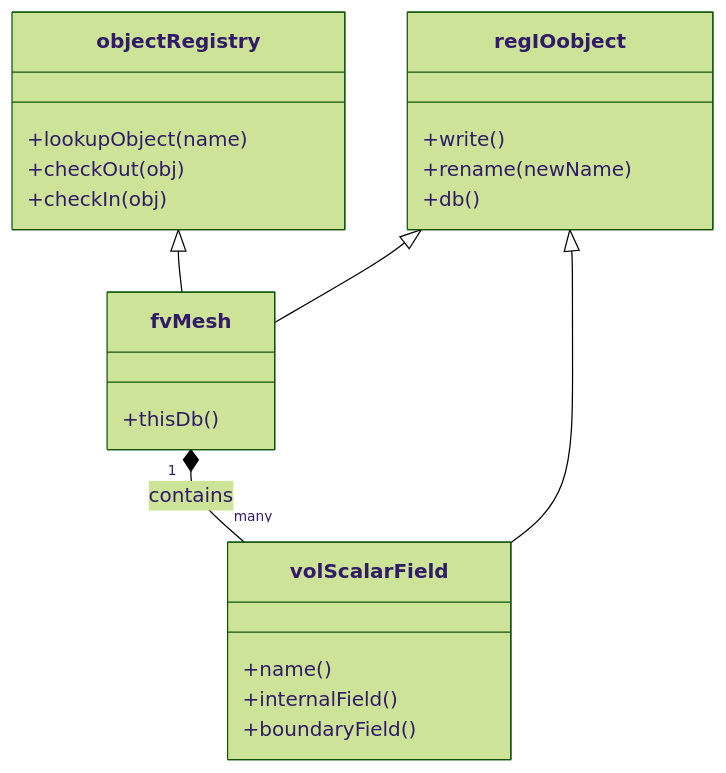
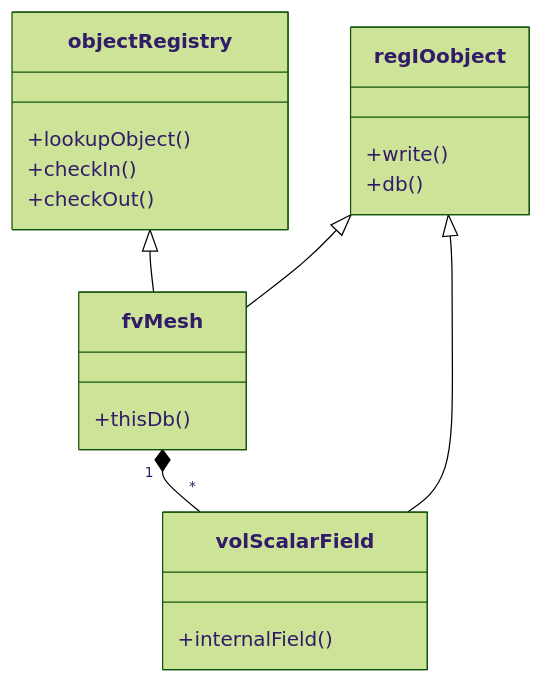
The third of 3 diagrams in MODULE_06_ADVANCED_PHYSICS/CONTENT/02_COUPLED_PHYSICS/03_Object_Registry_Architecture.md (wramet/build-my-cfd), drawn with Mermaid (forest theme) before and after one commit. The commit also changed other lines of this file and 313 other files, not shown here.

Commit message:
Revise all diagram

````diff
--- a/MODULE_06_ADVANCED_PHYSICS/CONTENT/02_COUPLED_PHYSICS/03_Object_Registry_Architecture.md
+++ b/MODULE_06_ADVANCED_PHYSICS/CONTENT/02_COUPLED_PHYSICS/03_Object_Registry_Architecture.md
@@ -586,26 +588,26 @@
 ```mermaid
 classDiagram
-    class objectRegistry {
-        +lookupObject(name)
-        +checkOut(obj)
-        +checkIn(obj)
-    }
-    class regIOobject {
-        +write()
-        +rename(newName)
-        +db()
-    }
-    class fvMesh {
-        +thisDb()
-    }
-    class volScalarField {
-        +name()
-        +internalField()
-        +boundaryField()
-    }
+classDef implicit fill:#e1f5fe,stroke:#01579b,stroke-width:2px
+classDef explicit fill:#ffccbc,stroke:#bf360c,stroke-width:2px
+classDef context fill:#f5f5f5,stroke:#616161,stroke-width:2px
 
-    objectRegistry <|-- fvMesh
-    regIOobject <|-- fvMesh
-    regIOobject <|-- volScalarField
-    fvMesh "1" *-- "many" volScalarField : contains
+class objectRegistry {
+    +lookupObject()
+    +checkIn()
+    +checkOut()
+}
+class regIOobject {
+    +write()
+    +db()
+}
+class fvMesh {
+    +thisDb()
+}
+class volScalarField {
+    +internalField()
+}
+objectRegistry <|-- fvMesh
+regIOobject <|-- fvMesh
+regIOobject <|-- volScalarField
+fvMesh "1" *-- "*" volScalarField
 ```
````
